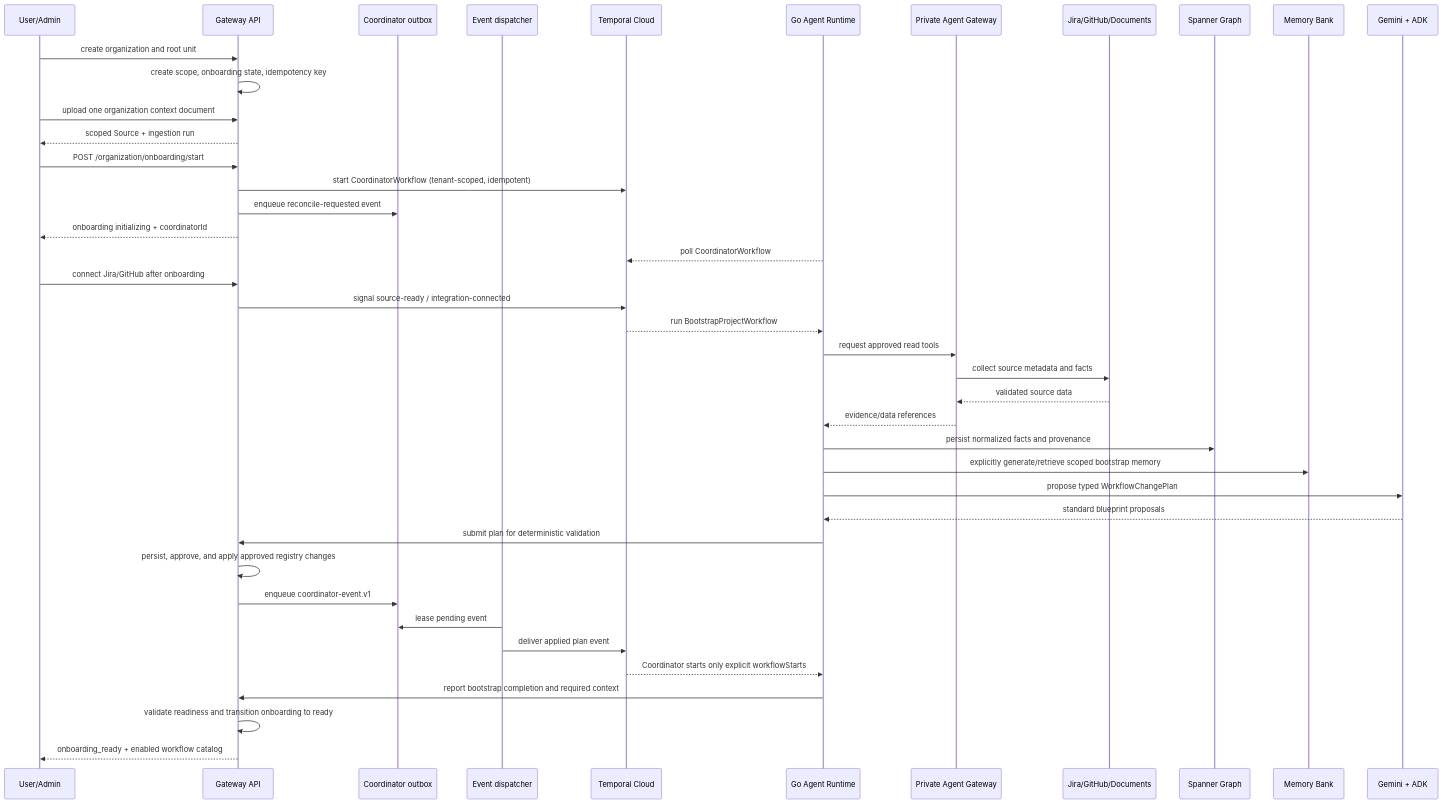
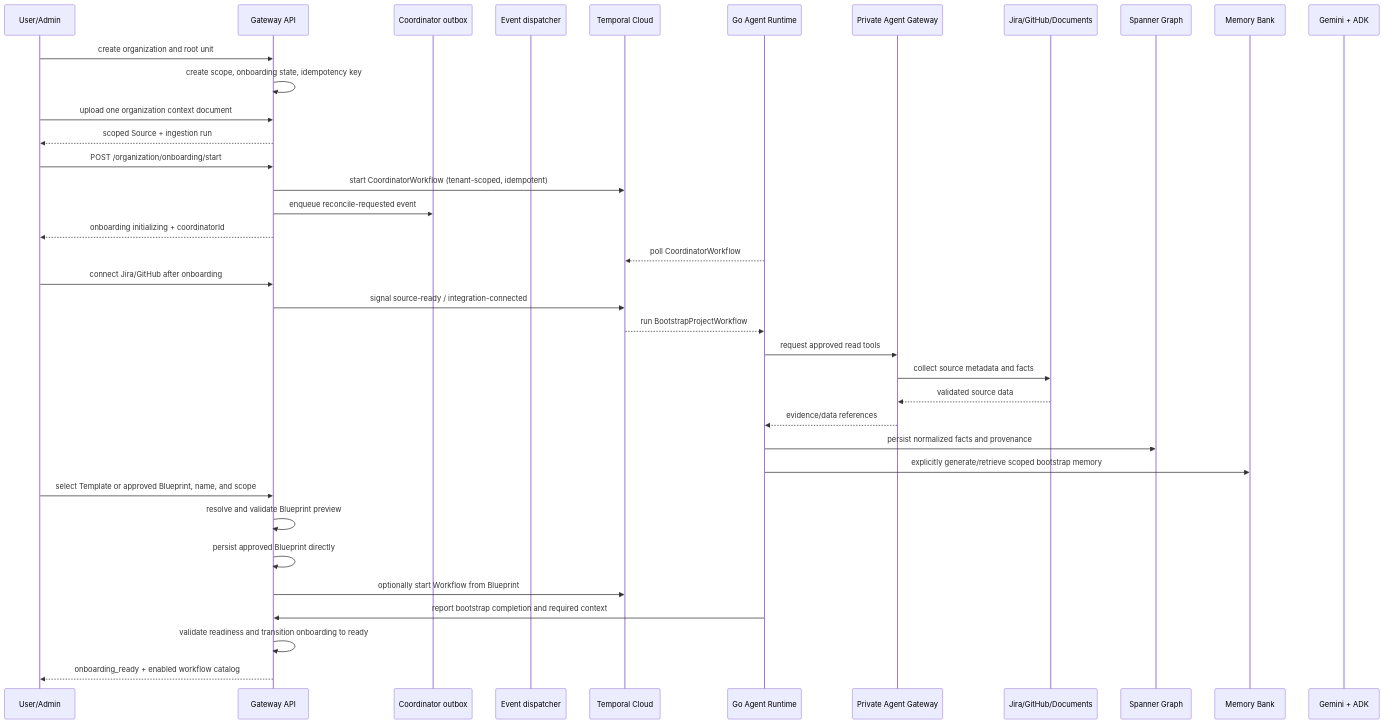
One commit to andriishupta/encois changed the second of 5 diagrams in docs/flows.md. Above: the diagram before and after it, drawn with Mermaid. The commit also changed other lines of this file and 102 other files, not shown here.

````diff
--- a/docs/flows.md
+++ b/docs/flows.md
@@ -98,45 +98,41 @@
 ```mermaid
 sequenceDiagram
     participant User as User/Admin
     participant API as Gateway API
     participant Outbox as Coordinator outbox
     participant Dispatcher as Event dispatcher
     participant Temporal as Temporal Cloud
     participant Runtime as Go Agent Runtime
     participant AgentGW as Private Agent Gateway
     participant Sources as Jira/GitHub/Documents
     participant Graph as Spanner Graph
     participant Memory as Memory Bank
     participant Gemini as Gemini + ADK
 
     User->>API: create organization and root unit
     API->>API: create scope, onboarding state, idempotency key
     User->>API: upload one organization context document
     API-->>User: scoped Source + ingestion run
     User->>API: POST /organization/onboarding/start
     API->>Temporal: start CoordinatorWorkflow (tenant-scoped, idempotent)
     API->>Outbox: enqueue reconcile-requested event
     API-->>User: onboarding initializing + coordinatorId
     Runtime-->>Temporal: poll CoordinatorWorkflow
 
     User->>API: connect Jira/GitHub after onboarding
     API->>Temporal: signal source-ready / integration-connected
     Temporal-->>Runtime: run BootstrapProjectWorkflow
     Runtime->>AgentGW: request approved read tools
     AgentGW->>Sources: collect source metadata and facts
     Sources-->>AgentGW: validated source data
     AgentGW-->>Runtime: evidence/data references
     Runtime->>Graph: persist normalized facts and provenance
     Runtime->>Memory: explicitly generate/retrieve scoped bootstrap memory
-    Runtime->>Gemini: propose typed WorkflowChangePlan
-    Gemini-->>Runtime: standard blueprint proposals
-    Runtime->>API: submit plan for deterministic validation
-    API->>API: persist, approve, and apply approved registry changes
-    API->>Outbox: enqueue coordinator-event.v1
-    Dispatcher->>Outbox: lease pending event
-    Dispatcher->>Temporal: deliver applied plan event
-    Temporal-->>Runtime: Coordinator starts only explicit workflowStarts
+    User->>API: select Template or approved Blueprint, name, and scope
+    API->>API: resolve and validate Blueprint preview
+    API->>API: persist approved Blueprint directly
+    API->>Temporal: optionally start Workflow from Blueprint
     Runtime->>API: report bootstrap completion and required context
     API->>API: validate readiness and transition onboarding to ready
     API-->>User: onboarding_ready + enabled workflow catalog
 ```
````
